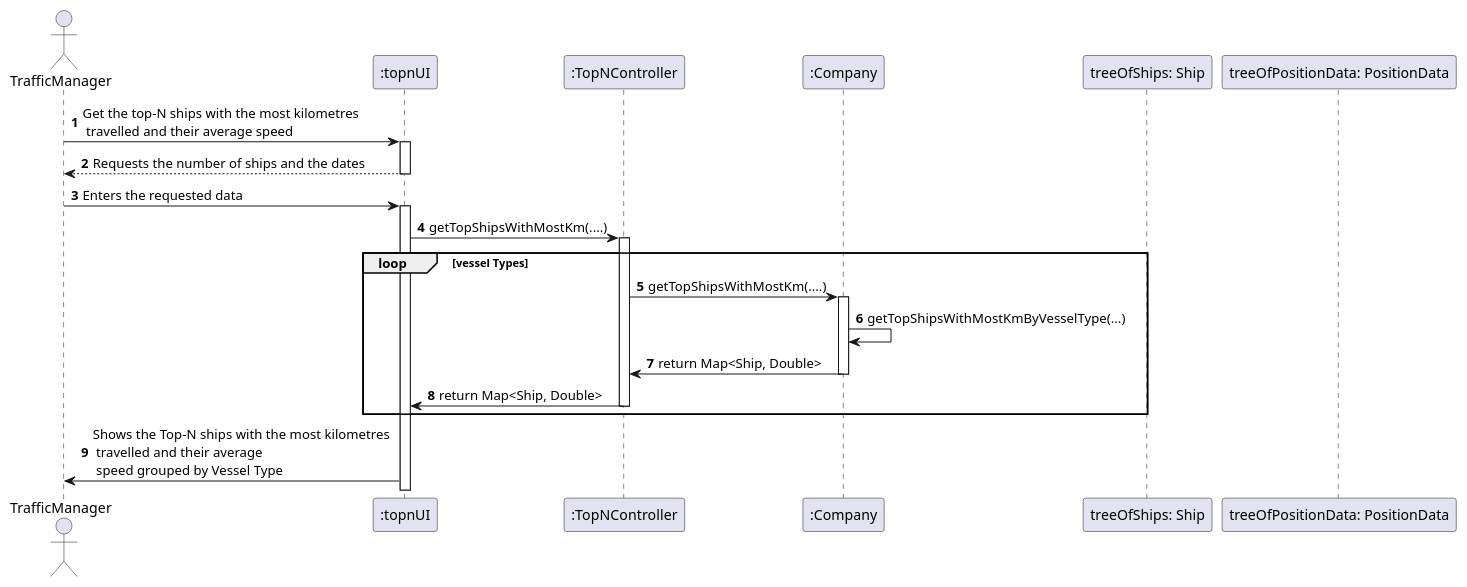
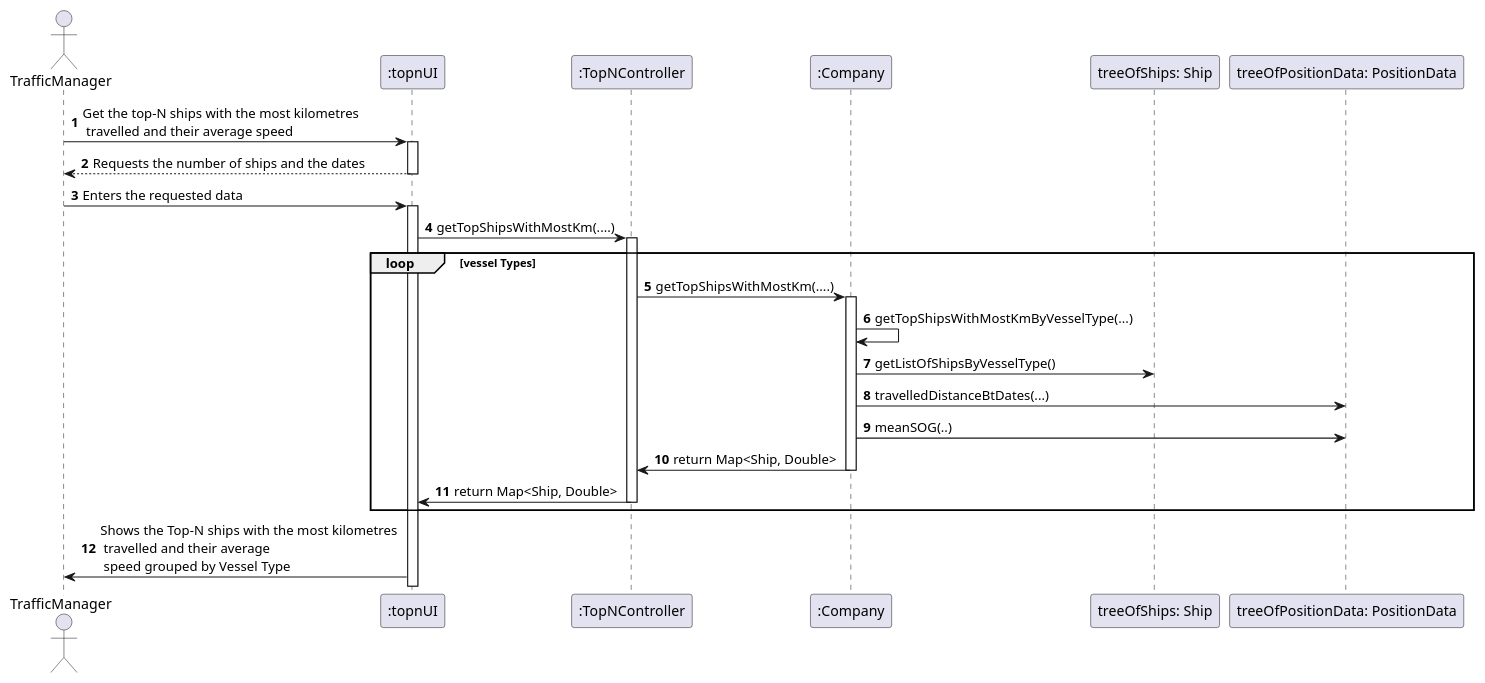
The diagram in Docs/Sprint1/US106/SD.puml (LourencoMelo/ISEP-LAPR3-ESINF), drawn with PlantUML before and after one commit.

Commit message:
Finished the SD106

```diff
--- a/Docs/Sprint1/US106/SD.puml
+++ b/Docs/Sprint1/US106/SD.puml
@@ -1,34 +1,37 @@
 @startuml
 'https://plantuml.com/sequence-diagram
 
 autonumber
 
 actor       TrafficManager             as TM
 participant    ":topnUI"         as UI
 participant    ":TopNController" as CTRL
 participant    ":Company"              as Company
 participant    "treeOfShips: Ship"            as TreeOfShips
 participant    "treeOfPositionData: PositionData"            as TreeOfPosition
 
 
 TM -> UI : Get the top-N ships with the most kilometres \n travelled and their average speed
 activate UI
 UI --> TM: Requests the number of ships and the dates
 deactivate UI
 
 TM -> UI : Enters the requested data
 activate UI
 
     UI-> CTRL : getTopShipsWithMostKm(....)
     activate CTRL
 loop vessel Types
     CTRL -> Company : getTopShipsWithMostKm(....)
     activate Company
     Company -> Company : getTopShipsWithMostKmByVesselType(...)
+    Company -> TreeOfShips : getListOfShipsByVesselType()
+    Company -> TreeOfPosition : travelledDistanceBtDates(...)
+    Company -> TreeOfPosition : meanSOG(..)
     Company -> CTRL : return Map<Ship, Double>
     deactivate Company
     CTRL -> UI : return Map<Ship, Double>
     deactivate CTRL
 end
 UI -> TM : Shows the Top-N ships with the most kilometres \n travelled and their average \n speed grouped by Vessel Type
 @enduml
```
